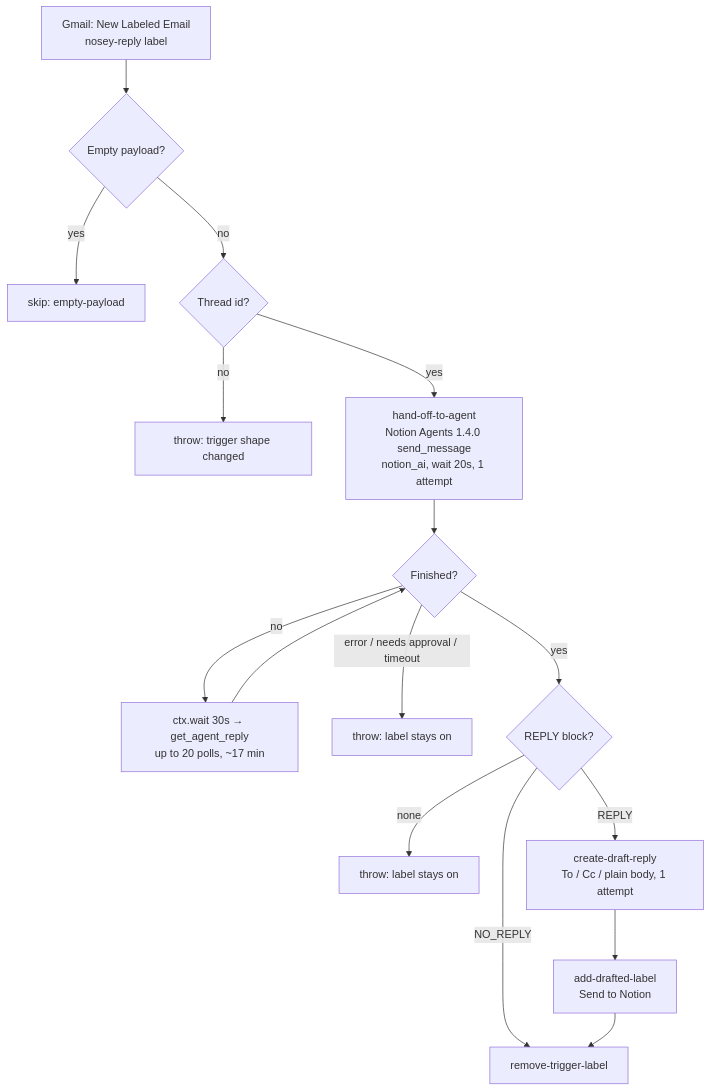
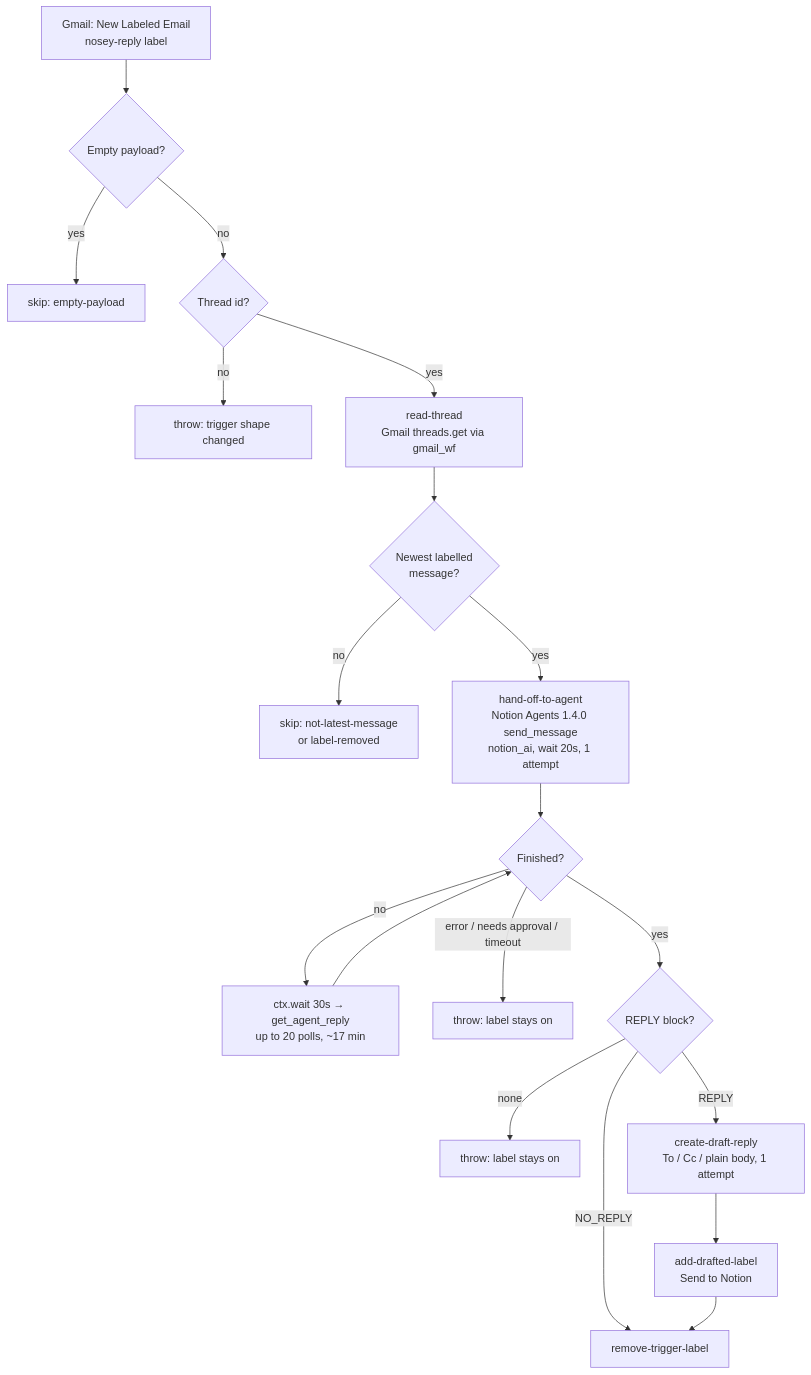
One commit to work-flowers/zapier-sdk changed the diagram in gmail-label-to-agent-email-draft/README.md. Above: the diagram before and after it, drawn with Mermaid. The commit also changed other lines of this file and 1 other file, not shown here.

Commit message:
gmail-label-to-agent-email-draft: draft once per tag, not once per message
Tagging a thread labels every message in it, and New Labeled Email fires
once per message: the first live tag on a 6-message thread started six
runs and left six drafts. Each run now reads the thread (Gmail threads.get
via sdk.fetch on gmail_wf) and proceeds only if its message is the newest
non-draft message still carrying the nosey-reply label.

````diff
--- a/gmail-label-to-agent-email-draft/README.md
+++ b/gmail-label-to-agent-email-draft/README.md
@@ -9,18 +9,21 @@
 ```mermaid
 flowchart TD
   A[Gmail: New Labeled Email<br/>nosey-reply label] --> B{Empty payload?}
   B -- yes --> Z[skip: empty-payload]
   B -- no --> C{Thread id?}
   C -- no --> X[throw: trigger shape changed]
-  C -- yes --> D[hand-off-to-agent<br/>Notion Agents 1.4.0 send_message<br/>notion_ai, wait 20s, 1 attempt]
+  C -- yes --> T[read-thread<br/>Gmail threads.get via gmail_wf]
+  T --> N{Newest labelled<br/>message?}
+  N -- no --> Z2[skip: not-latest-message<br/>or label-removed]
+  N -- yes --> D[hand-off-to-agent<br/>Notion Agents 1.4.0 send_message<br/>notion_ai, wait 20s, 1 attempt]
   D --> E{Finished?}
   E -- no --> W[ctx.wait 30s → get_agent_reply<br/>up to 20 polls, ~17 min]
   W --> E
   E -- error / needs approval / timeout --> X2[throw: label stays on]
   E -- yes --> P{REPLY block?}
   P -- none --> X3[throw: label stays on]
   P -- NO_REPLY --> R[remove-trigger-label]
   P -- REPLY --> G[create-draft-reply<br/>To / Cc / plain body, 1 attempt]
   G --> L[add-drafted-label<br/>Send to Notion]
   L --> R
 ```
````
